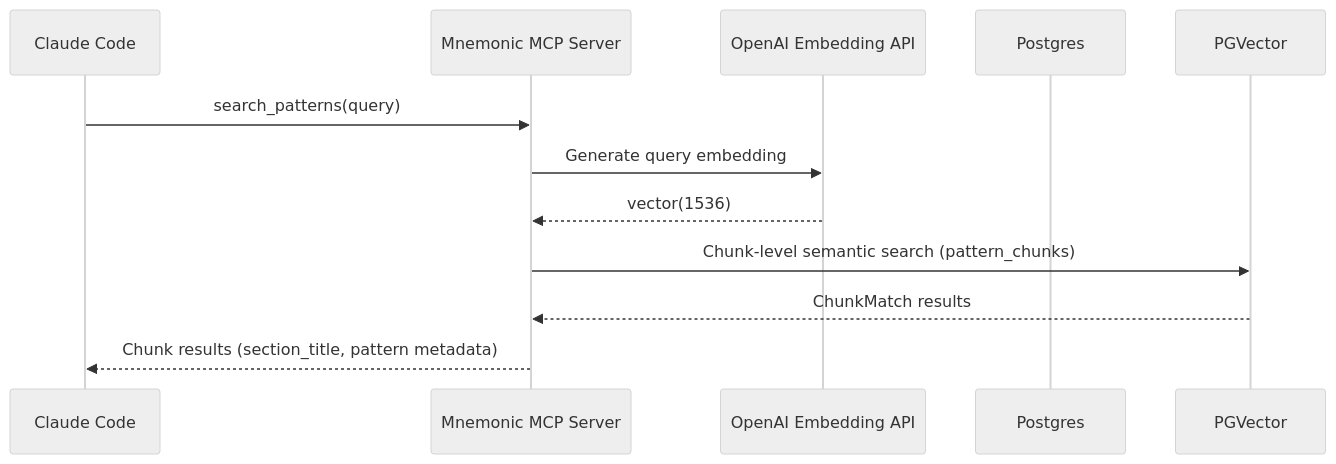
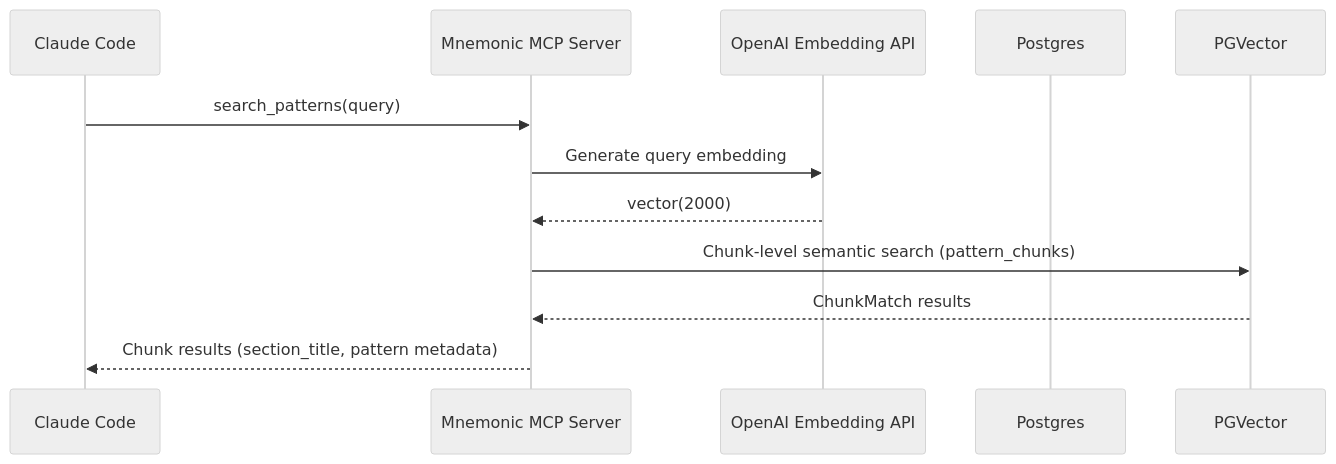
Before and after one commit to twistingmercury/mnemonic-mcp: the ninth of 14 diagrams in docs/architecture/04-data-architecture.md, drawn with Mermaid (neutral theme). The commit also changed other lines of this file and 1 other file, not shown here.

Commit message:
docs: fix remaining stale embedding refs in diagrams and concept

````diff
--- a/docs/architecture/04-data-architecture.md
+++ b/docs/architecture/04-data-architecture.md
@@ -531,15 +531,15 @@
 ```mermaid
 sequenceDiagram
     participant CC as Claude Code
     participant MCP as Mnemonic MCP Server
     participant OPENAI as OpenAI Embedding API
     participant PG as Postgres
     participant PGV as PGVector
 
     CC->>MCP: search_patterns(query)
     MCP->>OPENAI: Generate query embedding
-    OPENAI-->>MCP: vector(1536)
+    OPENAI-->>MCP: vector(2000)
     MCP->>PGV: Chunk-level semantic search (pattern_chunks)
     PGV-->>MCP: ChunkMatch results
     MCP-->>CC: Chunk results (section_title, pattern metadata)
 ```
````
